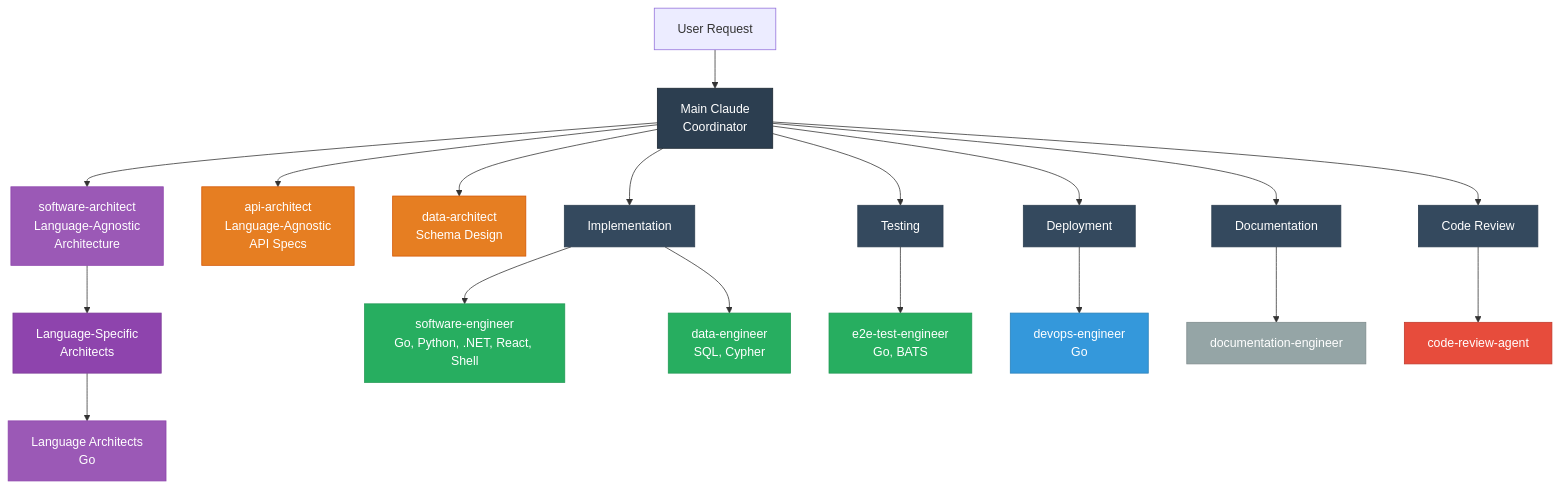
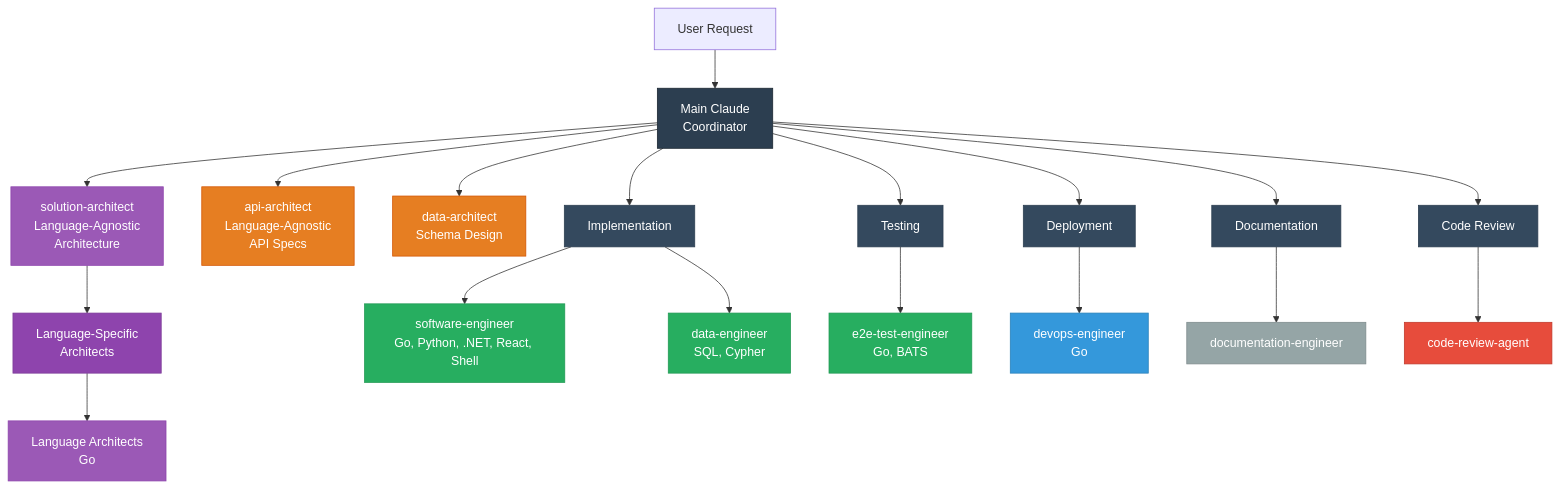
One commit to twistingmercury/claude-code-setup changed the first of 10 diagrams in agents/ABOUT-THE-AGENTS.md. Above: the diagram before and after it, drawn with Mermaid. The commit also changed other lines of this file and 20 other files, not shown here.

````diff
--- a/agents/ABOUT-THE-AGENTS.md
+++ b/agents/ABOUT-THE-AGENTS.md
@@ -103,44 +17,44 @@
 ```mermaid
 graph TD
 User[User Request] --> Main[Main Claude<br/>Coordinator]
 
-    Main --> SoftArch[software-architect<br/>Language-Agnostic<br/>Architecture]
+    Main --> SoftArch[solution-architect<br/>Language-Agnostic<br/>Architecture]
 
     SoftArch --> LangArch[Language-Specific<br/>Architects]
 
     LangArch --> LangSpecArch[Language Architects<br/>Go]
 
     Main --> APIArch[api-architect<br/>Language-Agnostic<br/>API Specs]
     Main --> DataArch[data-architect<br/>Schema Design]
     Main --> Impl[Implementation]
     Main --> Test[Testing]
     Main --> DevOps[Deployment]
     Main --> Doc[Documentation]
     Main --> Review[Code Review]
 
     Impl --> SoftEng[software-engineer<br/>Go, Python, .NET, React, Shell]
     Impl --> DataEng[data-engineer<br/>SQL, Cypher]
     Test --> E2EEng[e2e-test-engineer<br/>Go, BATS]
     DevOps --> DevOpsEng[devops-engineer<br/>Go]
     Doc --> DocEng[documentation-engineer]
     Review --> CodeReview[code-review-agent]
 
     style Main fill:#2c3e50,stroke:#1a252f,color:#fff
     style SoftArch fill:#9b59b6,stroke:#8e44ad,color:#fff
     style LangArch fill:#8e44ad,stroke:#7d3c98,color:#fff
     style LangSpecArch fill:#9b59b6,stroke:#8e44ad,color:#fff
     style APIArch fill:#e67e22,stroke:#d35400,color:#fff
     style SoftEng fill:#27ae60,stroke:#229954,color:#fff
     style E2EEng fill:#27ae60,stroke:#229954,color:#fff
     style DevOpsEng fill:#3498db,stroke:#2980b9,color:#fff
     style DocEng fill:#95a5a6,stroke:#7f8c8d,color:#fff
     style DataArch fill:#e67e22,stroke:#d35400,color:#fff
     style DataEng fill:#27ae60,stroke:#229954,color:#fff
     style CodeReview fill:#e74c3c,stroke:#c0392b,color:#fff
     style Impl fill:#34495e,stroke:#2c3e50,color:#fff
     style Test fill:#34495e,stroke:#2c3e50,color:#fff
     style DevOps fill:#34495e,stroke:#2c3e50,color:#fff
     style Doc fill:#34495e,stroke:#2c3e50,color:#fff
     style Review fill:#34495e,stroke:#2c3e50,color:#fff
 
 ```
````
